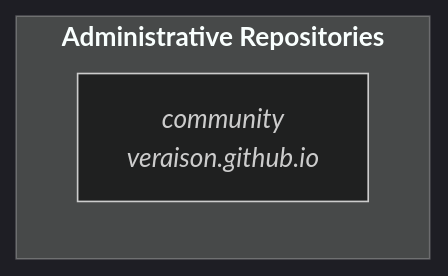
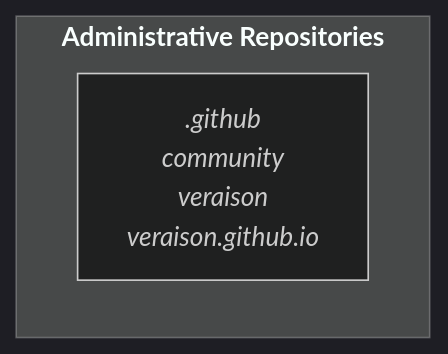
The third of 4 diagrams in repo-guide.md (veraison/docs), drawn with Mermaid (dark theme) before and after one commit. The commit also changed other lines of this file, not shown here.

Commit message:
Update Veraison repository guide

````diff
--- a/repo-guide.md
+++ b/repo-guide.md
@@ -222,10 +288,12 @@
 ```mermaid
 flowchart TD
 VA["
+    <i>.github</i>
     <i>community</i> 
+    <i>veraison</i>
     <i>veraison.github.io</i>"]
 subgraph Veraison["<b>Administrative Repositories</b>"]
 VA
 end
 
 ```
````
